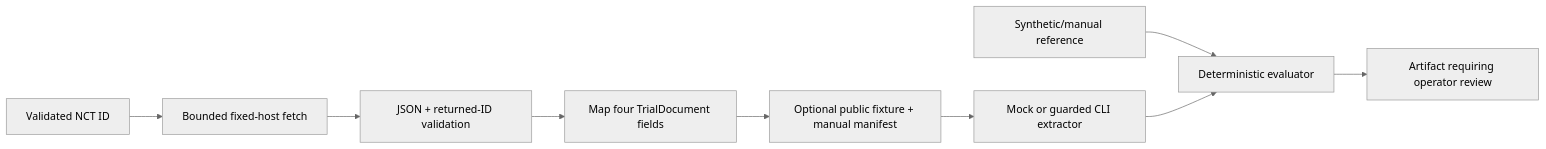
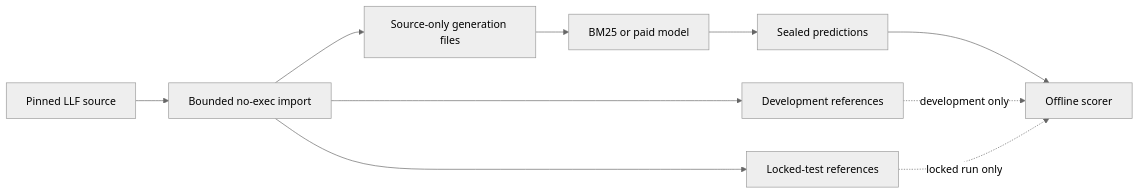
One commit to NevoLevi/CriteriaBench changed the diagram in docs/data-use.md. Above: the diagram before and after it, drawn with Mermaid (neutral theme). The commit also changed other lines of this file and 71 other files, not shown here.

````diff
--- a/docs/data-use.md
+++ b/docs/data-use.md
@@ -47,11 +34,12 @@
 ```mermaid
 flowchart LR
-    ID["Validated NCT ID"] --> Fetch["Bounded fixed-host fetch"]
-    Fetch --> Validate["JSON + returned-ID validation"]
-    Validate --> Map["Map four TrialDocument fields"]
-    Map --> Fixture["Optional public fixture + manual manifest"]
-    Fixture --> Extract["Mock or guarded CLI extractor"]
-    Gold["Synthetic/manual reference"] --> Eval["Deterministic evaluator"]
-    Extract --> Eval
-    Eval --> Artifact["Artifact requiring operator review"]
+    U["Pinned LLF source"] --> I["Bounded no-exec import"]
+    I --> G["Source-only generation files"]
+    I --> D["Development references"]
+    I --> T["Locked-test references"]
+    G --> M["BM25 or paid model"]
+    M --> P["Sealed predictions"]
+    P --> S["Offline scorer"]
+    D -. "development only" .-> S
+    T -. "locked run only" .-> S
 ```
````
